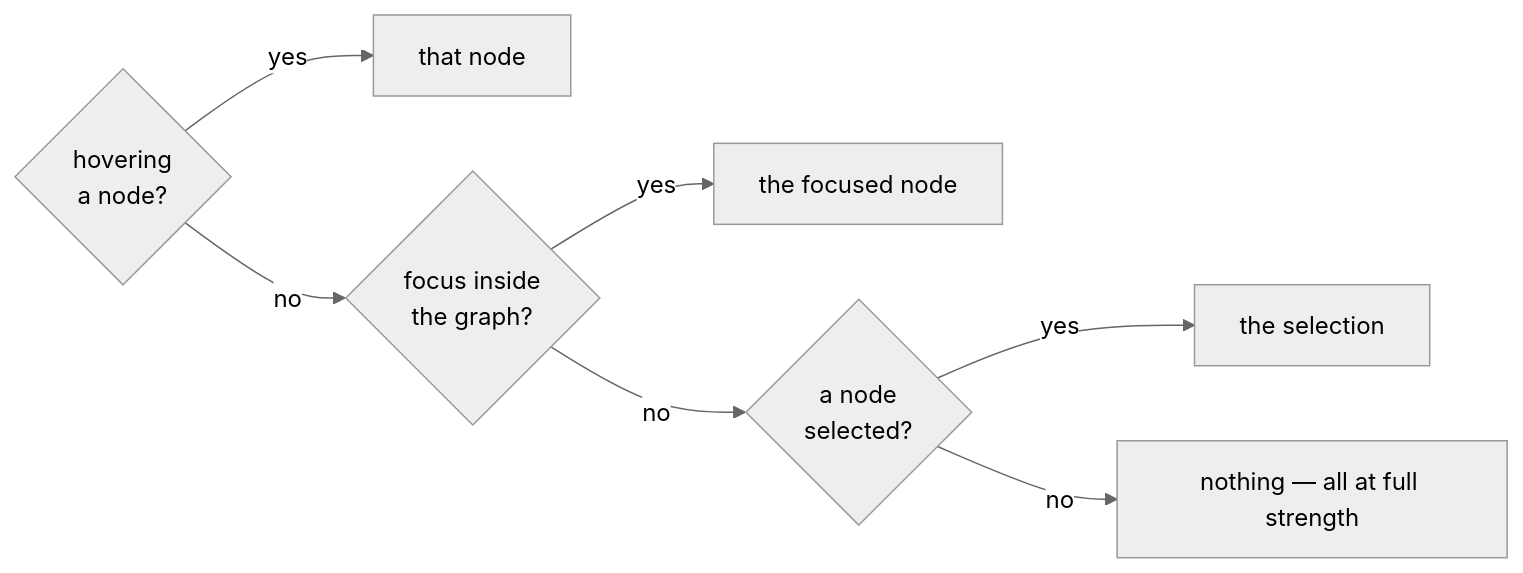
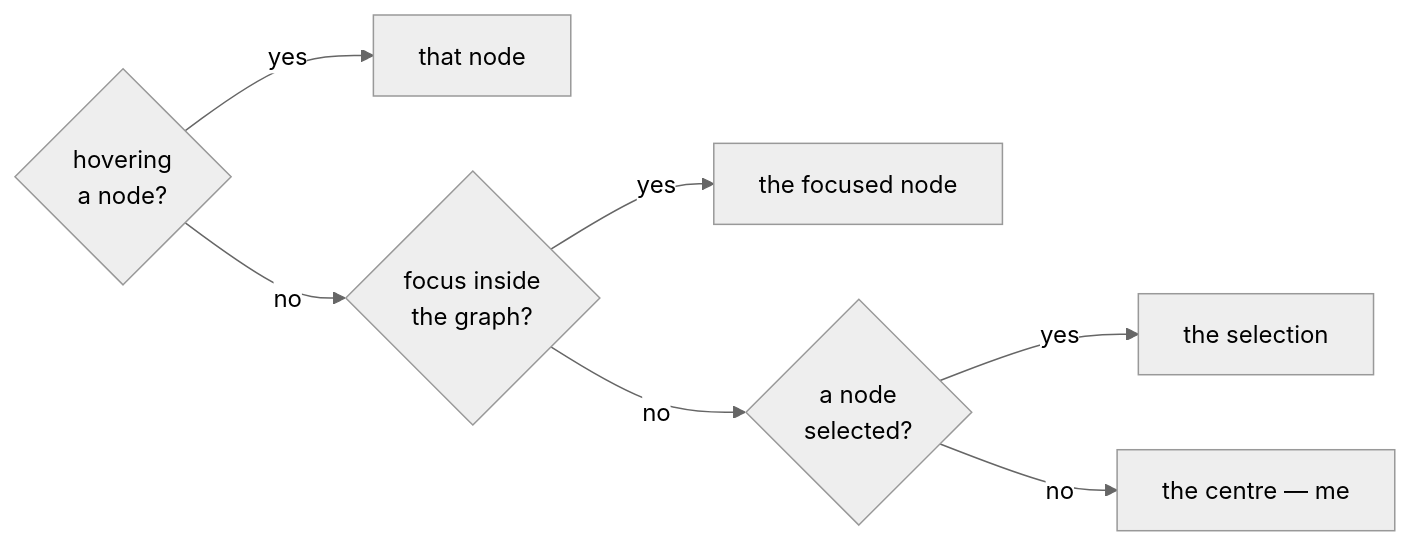
One commit to ijohnkojo/portfolio changed the fourth of 4 diagrams in docs/architecture.md. Above: the diagram before and after it, drawn with Mermaid (neutral theme). The commit also changed other lines of this file and 19 other files, not shown here.

````diff
--- a/docs/architecture.md
+++ b/docs/architecture.md
@@ -235,9 +237,9 @@
 ```mermaid
 flowchart LR
     H{"hovering<br/>a node?"} -- yes --> HN["that node"]
     H -- no --> F{"focus inside<br/>the graph?"}
     F -- yes --> FN["the focused node"]
     F -- no --> S{"a node<br/>selected?"}
     S -- yes --> SN["the selection"]
-    S -- no --> NONE["nothing — all at full strength"]
+    S -- no --> ME["the centre — me"]
 ```
````
